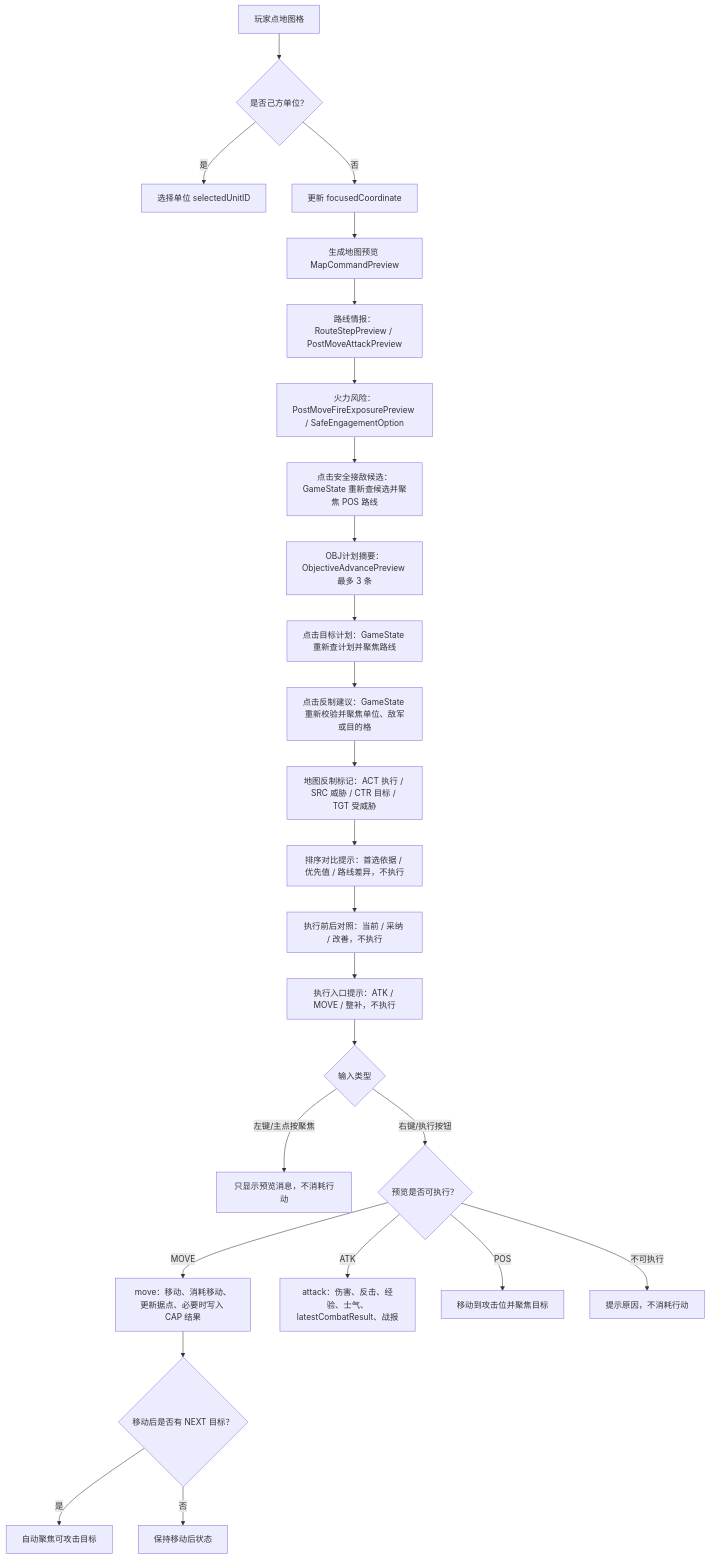
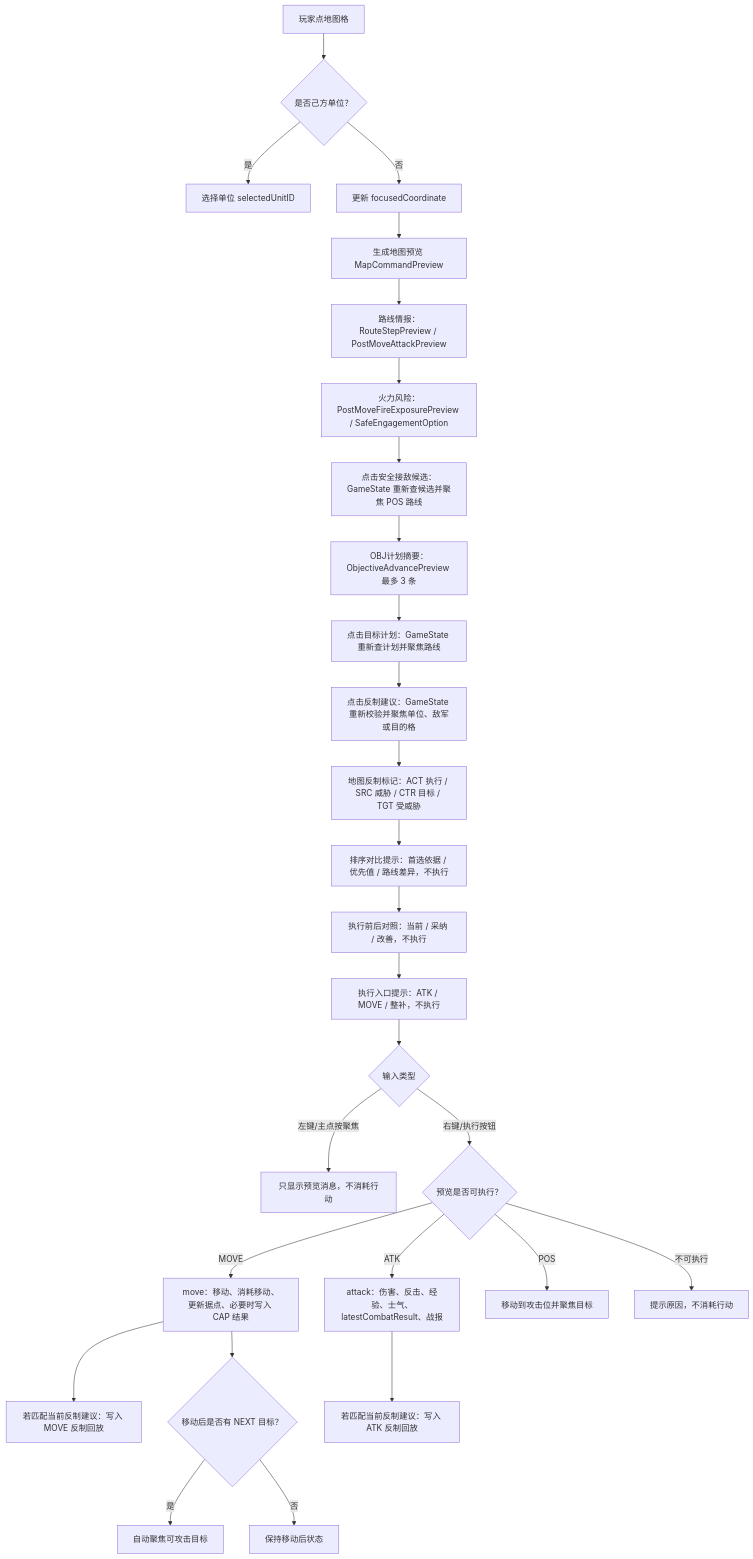
One commit to Altman-sam114/116 changed the second of 5 diagrams in md/flow/flowchart.md. Above: the diagram before and after it, drawn with Mermaid. The commit also changed other lines of this file and 10 other files, not shown here.

````diff
--- a/md/flow/flowchart.md
+++ b/md/flow/flowchart.md
@@ -38,27 +40,29 @@
 ```mermaid
 flowchart TD
   A["玩家点地图格"] --> B{"是否己方单位？"}
   B -->|是| C["选择单位 selectedUnitID"]
   B -->|否| D["更新 focusedCoordinate"]
   D --> E["生成地图预览 MapCommandPreview"]
   E --> R["路线情报：RouteStepPreview / PostMoveAttackPreview"]
   R --> X["火力风险：PostMoveFireExposurePreview / SafeEngagementOption"]
   X --> SP["点击安全接敌候选：GameState 重新查候选并聚焦 POS 路线"]
   SP --> OP["OBJ计划摘要：ObjectiveAdvancePreview 最多 3 条"]
   OP --> OC["点击目标计划：GameState 重新查计划并聚焦路线"]
   OC --> CM["点击反制建议：GameState 重新校验并聚焦单位、敌军或目的格"]
   CM --> MK["地图反制标记：ACT 执行 / SRC 威胁 / CTR 目标 / TGT 受威胁"]
   MK --> PR["排序对比提示：首选依据 / 优先值 / 路线差异，不执行"]
   PR --> IP["执行前后对照：当前 / 采纳 / 改善，不执行"]
   IP --> EB["执行入口提示：ATK / MOVE / 整补，不执行"]
   EB --> F{"输入类型"}
   F -->|左键/主点按聚焦| G["只显示预览消息，不消耗行动"]
   F -->|右键/执行按钮| H{"预览是否可执行？"}
   H -->|MOVE| I["move：移动、消耗移动、更新据点、必要时写入 CAP 结果"]
   H -->|ATK| J["attack：伤害、反击、经验、士气、latestCombatResult、战报"]
   H -->|POS| K["移动到攻击位并聚焦目标"]
   H -->|不可执行| L["提示原因，不消耗行动"]
+  I --> RR["若匹配当前反制建议：写入 MOVE 反制回放"]
+  J --> RR2["若匹配当前反制建议：写入 ATK 反制回放"]
   I --> M{"移动后是否有 NEXT 目标？"}
   M -->|是| N["自动聚焦可攻击目标"]
   M -->|否| O["保持移动后状态"]
 ```
````
